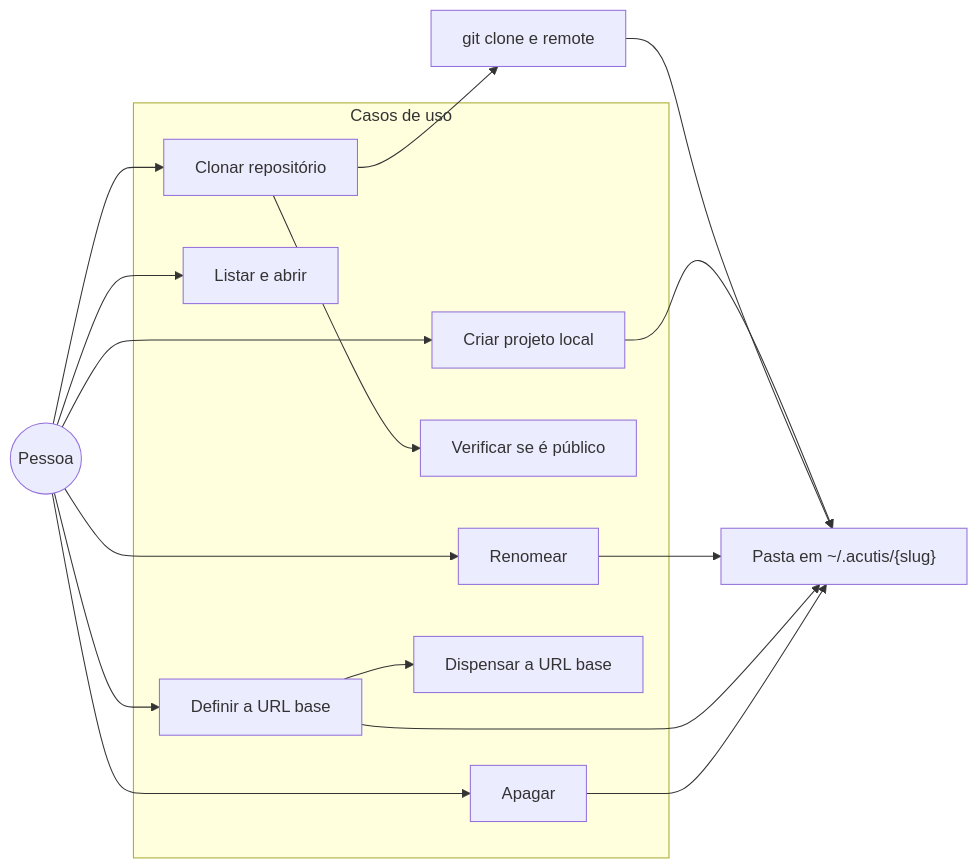
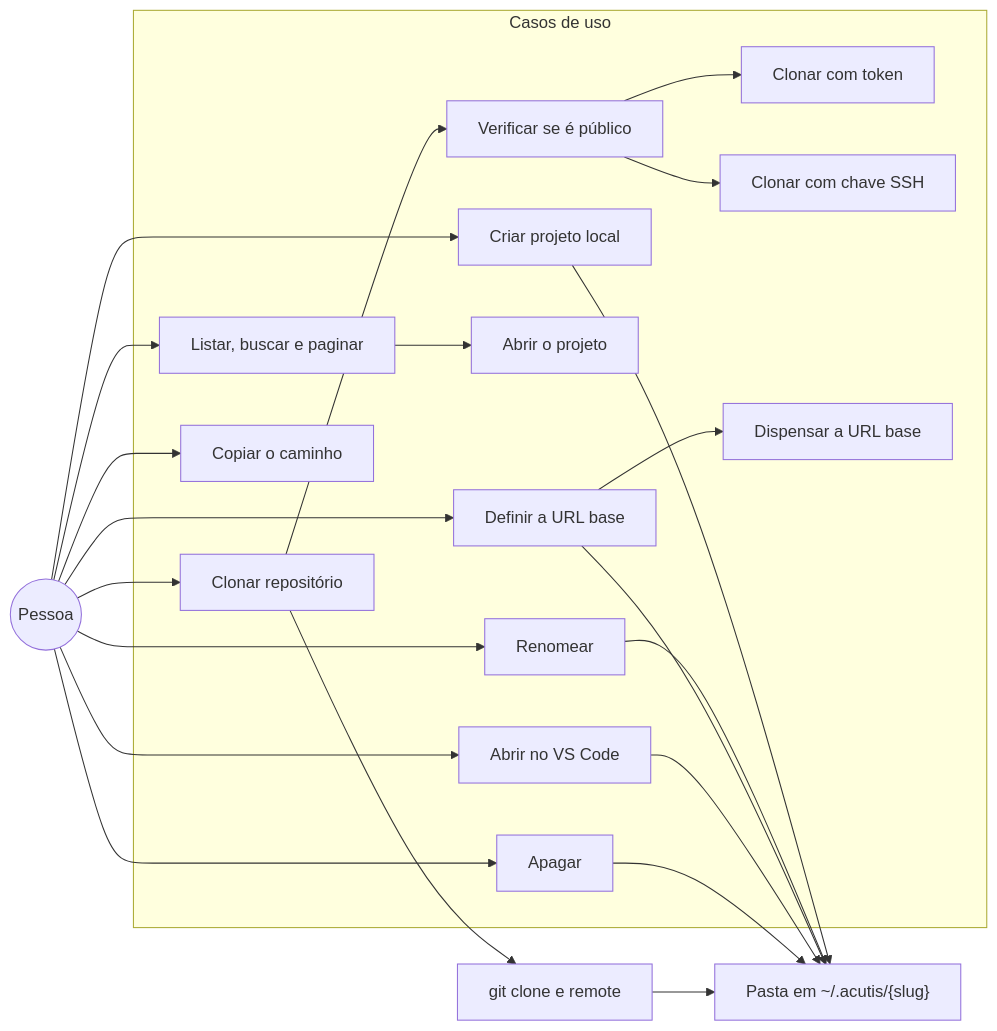
One commit to KauanCalheiro/acutis changed the fourth of 15 diagrams in docs/DIAGRAMS/USE-CASE-DIAGRAMS.md. Above: the diagram before and after it, drawn with Mermaid. The commit also changed other lines of this file and 7 other files, not shown here.

````diff
--- a/docs/DIAGRAMS/USE-CASE-DIAGRAMS.md
+++ b/docs/DIAGRAMS/USE-CASE-DIAGRAMS.md
@@ -125,27 +198,35 @@
 ```mermaid
 flowchart LR
   P(("Pessoa"))
 
   subgraph Casos de uso
     C["Criar projeto local"]
     K["Clonar repositório"]
     PB["Verificar se é público"]
-    L["Listar e abrir"]
+    KT["Clonar com token"]
+    KS["Clonar com chave SSH"]
+    L["Listar, buscar e paginar"]
+    O["Abrir o projeto"]
     RN["Renomear"]
     U["Definir a URL base"]
     US["Dispensar a URL base"]
+    VS["Abrir no VS Code"]
+    CP["Copiar o caminho"]
     DL["Apagar"]
   end
 
   FS["Pasta em ~/.acutis/{slug}"]
   GIT["git clone e remote"]
 
   P --> C --> FS
   P --> K --> PB
+  PB --> KT & KS
   K --> GIT --> FS
-  P --> L
+  P --> L --> O
   P --> RN --> FS
   P --> U --> FS
   U --> US
+  P --> VS --> FS
+  P --> CP
   P --> DL --> FS
 ```
````
